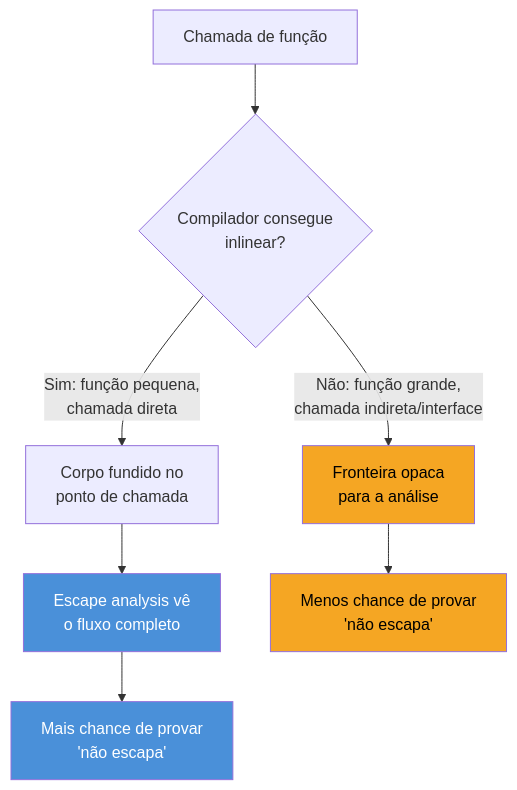
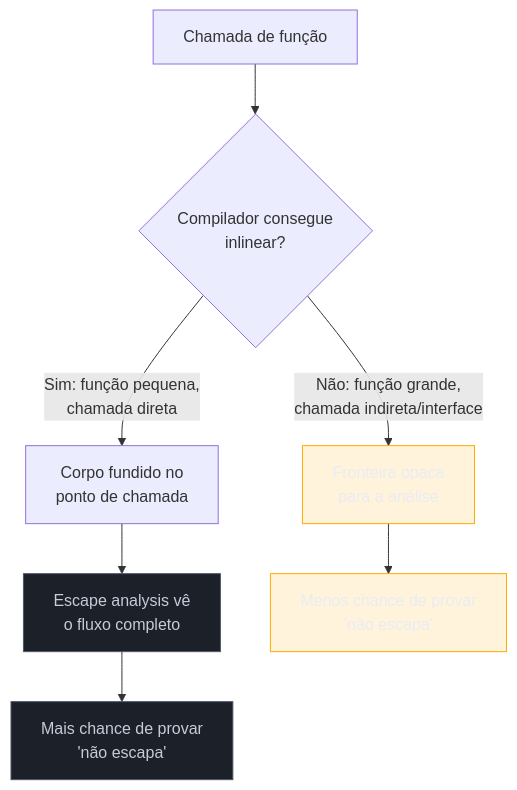
The third of 3 diagrams in 03-Dominios/Tecnologia/Go/17 - Runtime interno/04 - Escape analysis.md (josenaldo/codex-technomanticus), drawn with Mermaid before and after one commit. The commit also changed other lines of this file and 1181 other files, not shown here.

First line of the commit message:
fix(diagramas): paleta do sistema no lugar de cor cravada no markdown

````diff
--- a/03-Dominios/Tecnologia/Go/17 - Runtime interno/04 - Escape analysis.md
+++ b/03-Dominios/Tecnologia/Go/17 - Runtime interno/04 - Escape analysis.md
@@ -252,14 +254,16 @@
 ```mermaid
 flowchart TB
+    classDef neutro fill:#1B2029,stroke:#4E5666,color:#C6CCD8
+    classDef destaque fill:#FFAA0024,stroke:#FFAA00,color:#E9ECF2
     A["Chamada de função"] --> B{"Compilador consegue\ninlinear?"}
     B -->|"Sim: função pequena,\nchamada direta"| C["Corpo fundido no\nponto de chamada"]
     C --> D["Escape analysis vê\no fluxo completo"]
     D --> E["Mais chance de provar\n'não escapa'"]
     B -->|"Não: função grande,\nchamada indireta/interface"| F["Fronteira opaca\npara a análise"]
     F --> G["Menos chance de provar\n'não escapa'"]
 
-    style D fill:#4A90D9,color:#fff
-    style E fill:#4A90D9,color:#fff
-    style F fill:#F5A623,color:#000
-    style G fill:#F5A623,color:#000
+    class D neutro
+    class E neutro
+    class F destaque
+    class G destaque
 ```
````
